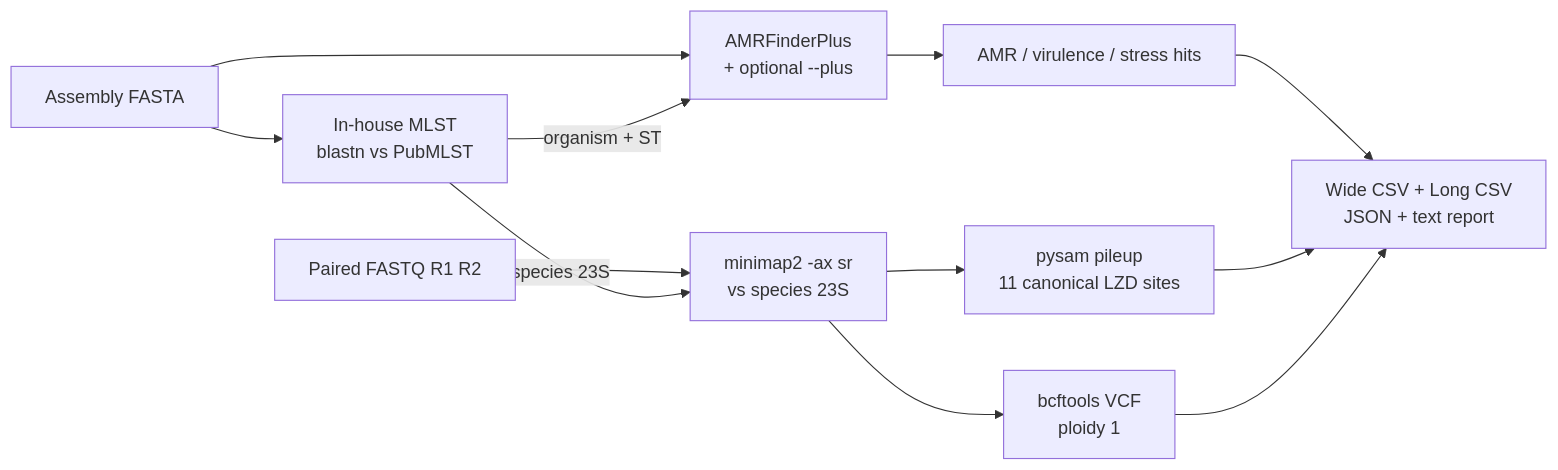
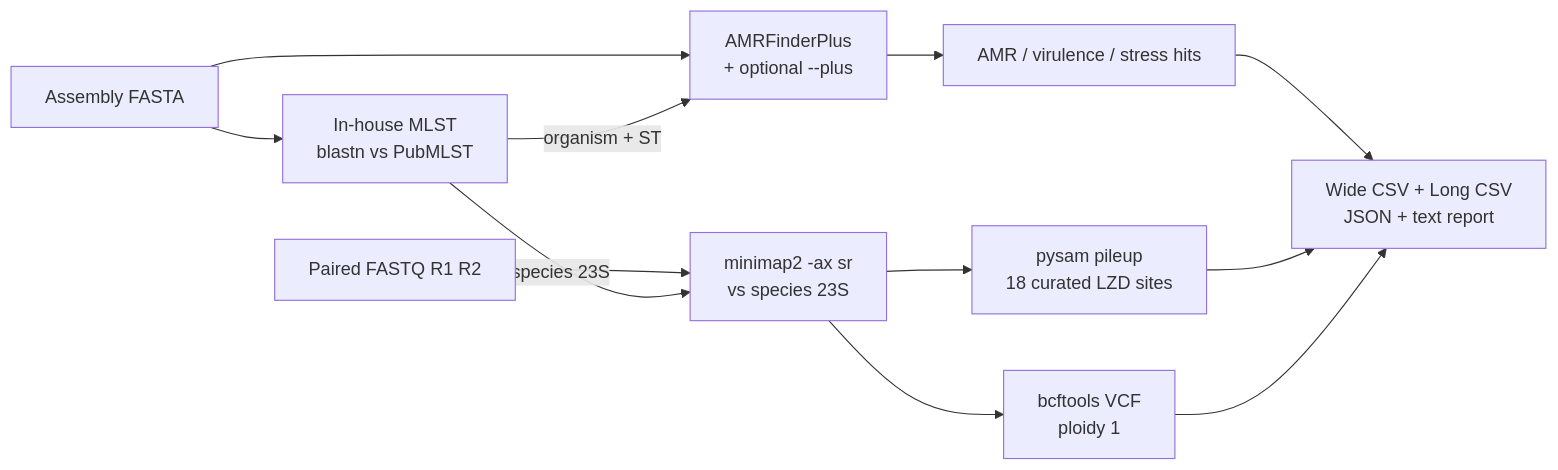
One commit to iowa69/linezolid-amr changed the diagram in README.md. Above: the diagram before and after it, drawn with Mermaid. The commit also changed other lines of this file and 16 other files, not shown here.

````diff
--- a/README.md
+++ b/README.md
@@ -41,14 +42,14 @@
 ```mermaid
 flowchart LR
     A[Assembly FASTA] --> M[In-house MLST<br/>blastn vs PubMLST]
     A --> O[AMRFinderPlus<br/>+ optional --plus]
     R[Paired FASTQ R1 R2] --> X[minimap2 -ax sr<br/>vs species 23S]
     M -->|organism + ST| O
     M -->|species 23S| X
     O --> O1[AMR / virulence / stress hits]
-    X --> P[pysam pileup<br/>11 canonical LZD sites]
+    X --> P[pysam pileup<br/>18 curated LZD sites]
     X --> V[bcftools VCF<br/>ploidy 1]
     O1 --> S[Wide CSV + Long CSV<br/>JSON + text report]
     P --> S
     V --> S
 ```
````
